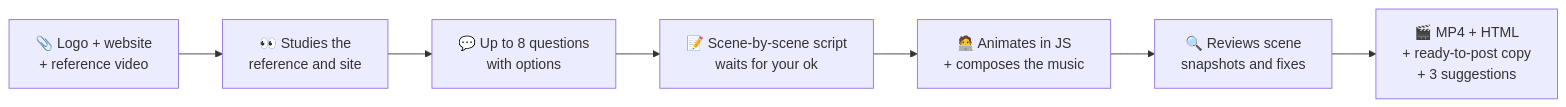
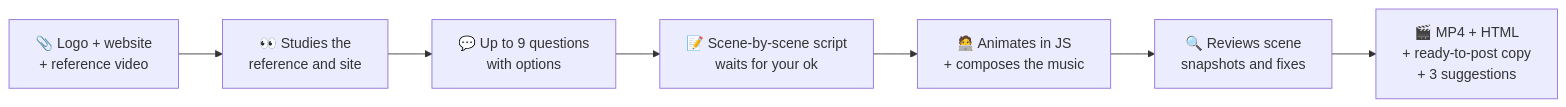
Before and after one commit to flavioduque/Jsmotion-skill: the diagram in README.en.md, drawn with Mermaid. The commit also changed other lines of this file and 83 other files, not shown here.

````diff
--- a/README.en.md
+++ b/README.en.md
@@ -287,9 +303,9 @@
 ```mermaid
 flowchart LR
     A["📎 Logo + website<br/>+ reference video"] --> B["👀 Studies the<br/>reference and site"]
-    B --> C["💬 Up to 8 questions<br/>with options"]
+    B --> C["💬 Up to 9 questions<br/>with options"]
     C --> D["📝 Scene-by-scene script<br/>waits for your ok"]
     D --> E["🧑‍💻 Animates in JS<br/>+ composes the music"]
     E --> F["🔍 Reviews scene<br/>snapshots and fixes"]
     F --> G["🎬 MP4 + HTML<br/>+ ready-to-post copy<br/>+ 3 suggestions"]
 ```
````
